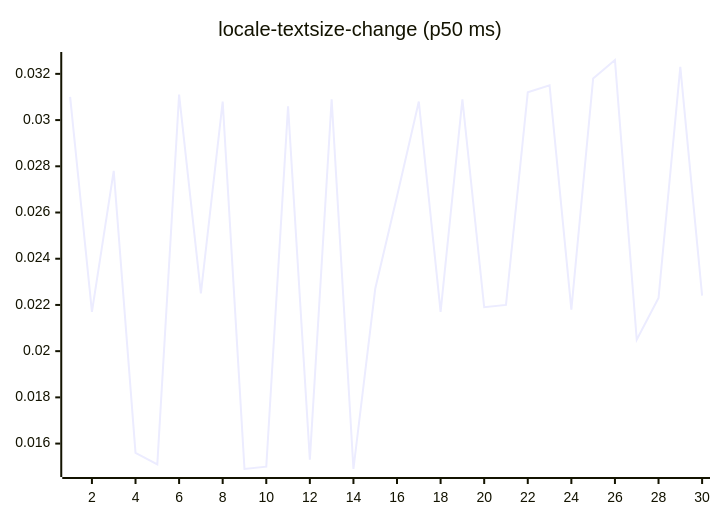
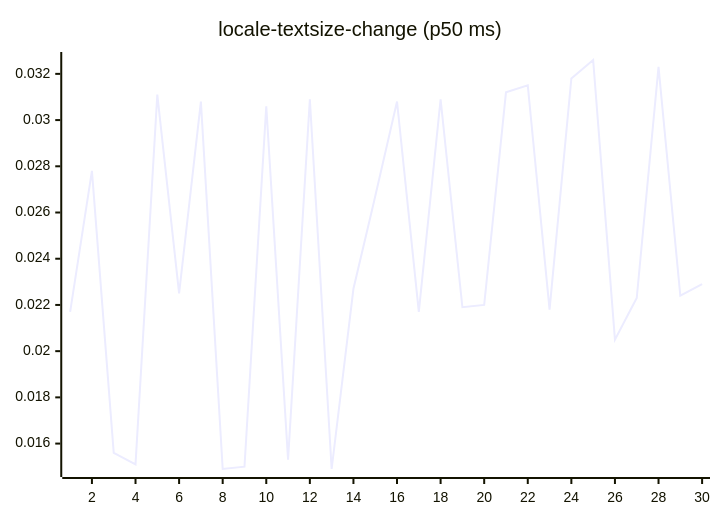
One commit to josha/Facet changed diagram 13 of 27 in README.md. Above: the diagram before and after it, drawn with Mermaid. The commit also changed other lines of this file and 2 other files, not shown here.

````diff
--- a/README.md
+++ b/README.md
@@ -147,6 +147,6 @@
 ```mermaid
 xychart-beta
     title "locale-textsize-change (p50 ms)"
     x-axis 1 --> 30
-    line [0.0310, 0.0217, 0.0278, 0.0156, 0.0151, 0.0311, 0.0225, 0.0308, 0.0149, 0.0150, 0.0306, 0.0153, 0.0309, 0.0149, 0.0227, 0.0267, 0.0308, 0.0217, 0.0309, 0.0219, 0.0220, 0.0312, 0.0315, 0.0218, 0.0318, 0.0326, 0.0205, 0.0223, 0.0323, 0.0224]
+    line [0.0217, 0.0278, 0.0156, 0.0151, 0.0311, 0.0225, 0.0308, 0.0149, 0.0150, 0.0306, 0.0153, 0.0309, 0.0149, 0.0227, 0.0267, 0.0308, 0.0217, 0.0309, 0.0219, 0.0220, 0.0312, 0.0315, 0.0218, 0.0318, 0.0326, 0.0205, 0.0223, 0.0323, 0.0224, 0.0229]
 ```
````
